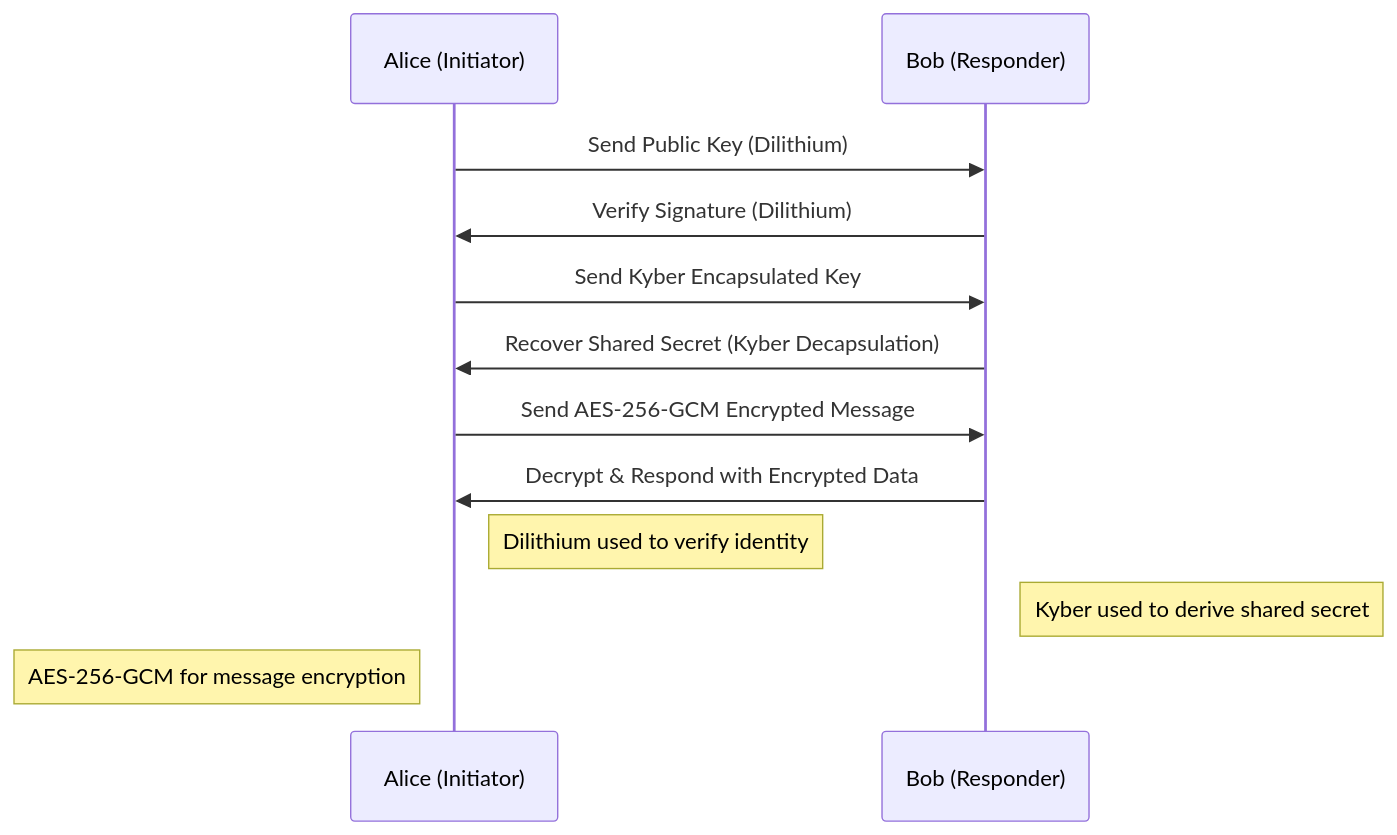
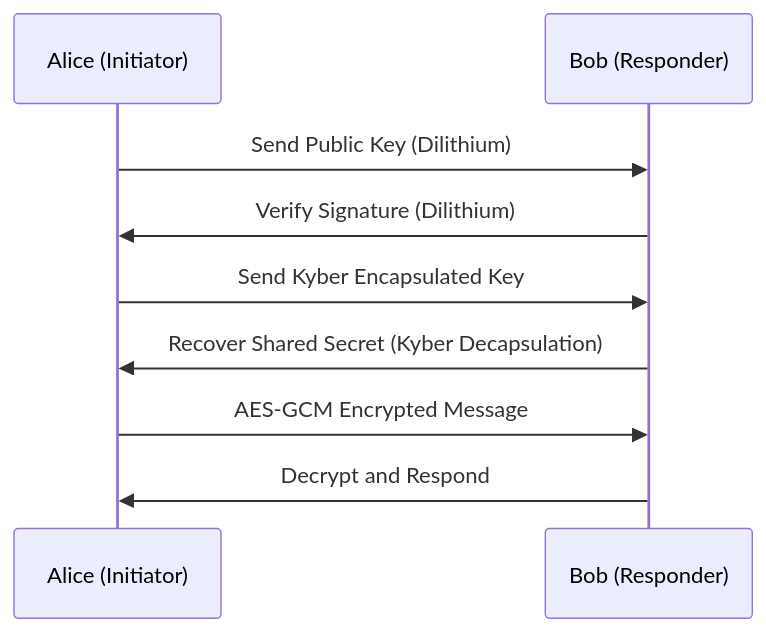
Before and after one commit to LunaLynx12/PQC-Hub: the first of 3 diagrams in README.md, drawn with Mermaid. The commit also changed other lines of this file, not shown here.

````diff
--- a/README.md
+++ b/README.md
@@ -24,21 +45,14 @@
 ```mermaid
 sequenceDiagram
     participant A as Alice (Initiator)
     participant B as Bob (Responder)
 
-    %% Step 1: Identity Exchange with Dilithium
     A->>B: Send Public Key (Dilithium)
     B->>A: Verify Signature (Dilithium)
 
-    %% Step 2: Secure Key Exchange with Kyber
     A->>B: Send Kyber Encapsulated Key
     B->>A: Recover Shared Secret (Kyber Decapsulation)
 
-    %% Step 3: Encrypt Messages using Shared Key
-    A->>B: Send AES-256-GCM Encrypted Message
-    B->>A: Decrypt & Respond with Encrypted Data
-
-    Note right of A: Dilithium used to verify identity
-    Note right of B: Kyber used to derive shared secret
-    Note left of A: AES-256-GCM for message encryption
+    A->>B: AES-GCM Encrypted Message
+    B->>A: Decrypt and Respond
 ```
````
